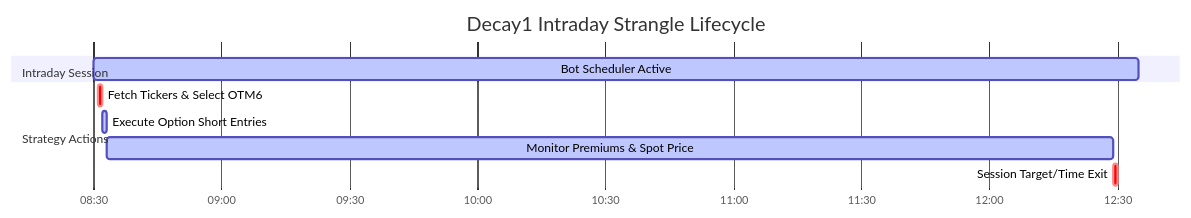
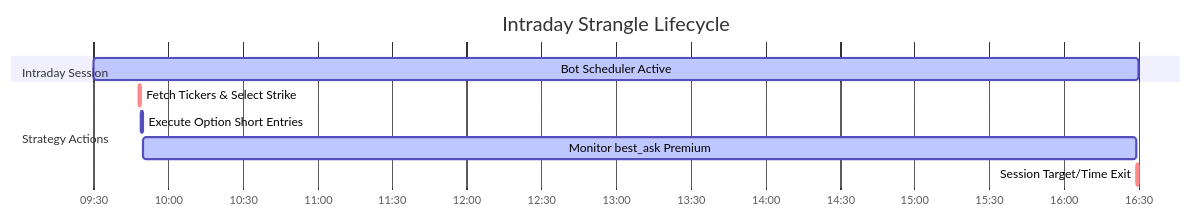
The third of 3 diagrams in docs/HLD.md (Vitti-Capital-Tech/Vitti_Bot), drawn with Mermaid before and after one commit. The commit also changed other lines of this file and 8 other files, not shown here.

````diff
--- a/docs/HLD.md
+++ b/docs/HLD.md
@@ -100,14 +101,14 @@
 ```mermaid
 gantt
-    title Decay1 Intraday Strangle Lifecycle
+    title Intraday Strangle Lifecycle
     dateFormat  HH:mm
     axisFormat %H:%M
     
     section Intraday Session
-    Bot Scheduler Active           :active, 08:30, 12:35
+    Bot Scheduler Active           :active, 09:30, 16:30
     section Strategy Actions
-    Fetch Tickers & Select OTM6    :crit, 08:31, 08:32
-    Execute Option Short Entries   :active, 08:32, 08:33
-    Monitor Premiums & Spot Price  :active, 08:33, 12:29
-    Session Target/Time Exit       :crit, 12:29, 12:30
+    Fetch Tickers & Select Strike  :crit, 09:48, 09:49
+    Execute Option Short Entries   :active, 09:49, 09:50
+    Monitor best_ask Premium       :active, 09:50, 16:29
+    Session Target/Time Exit       :crit, 16:29, 16:30
 ```
````
